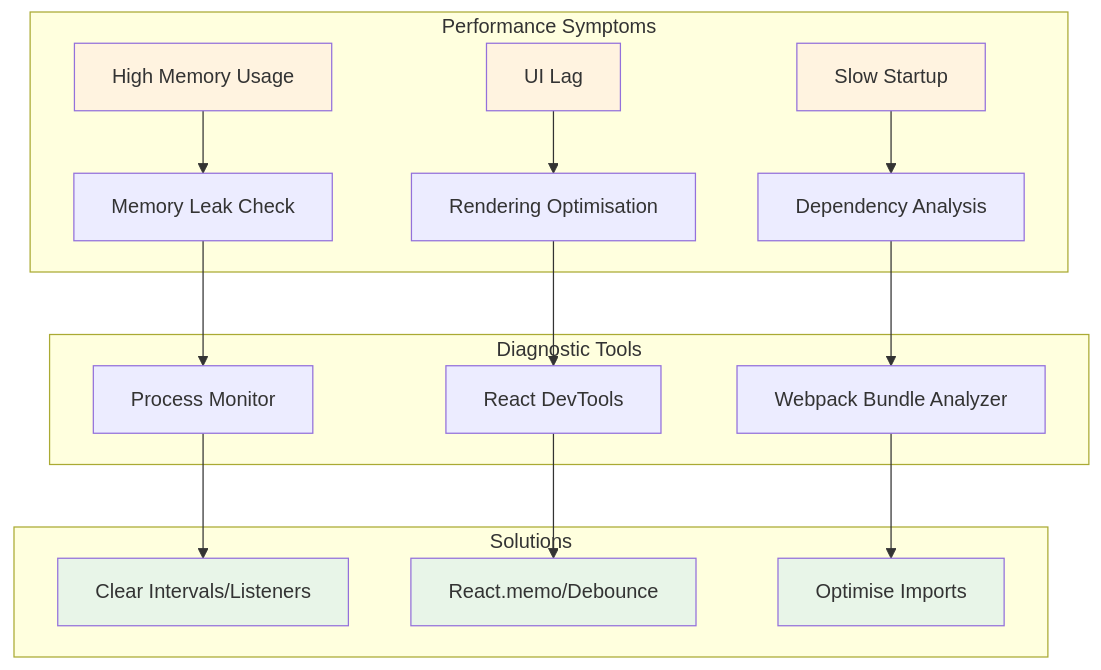
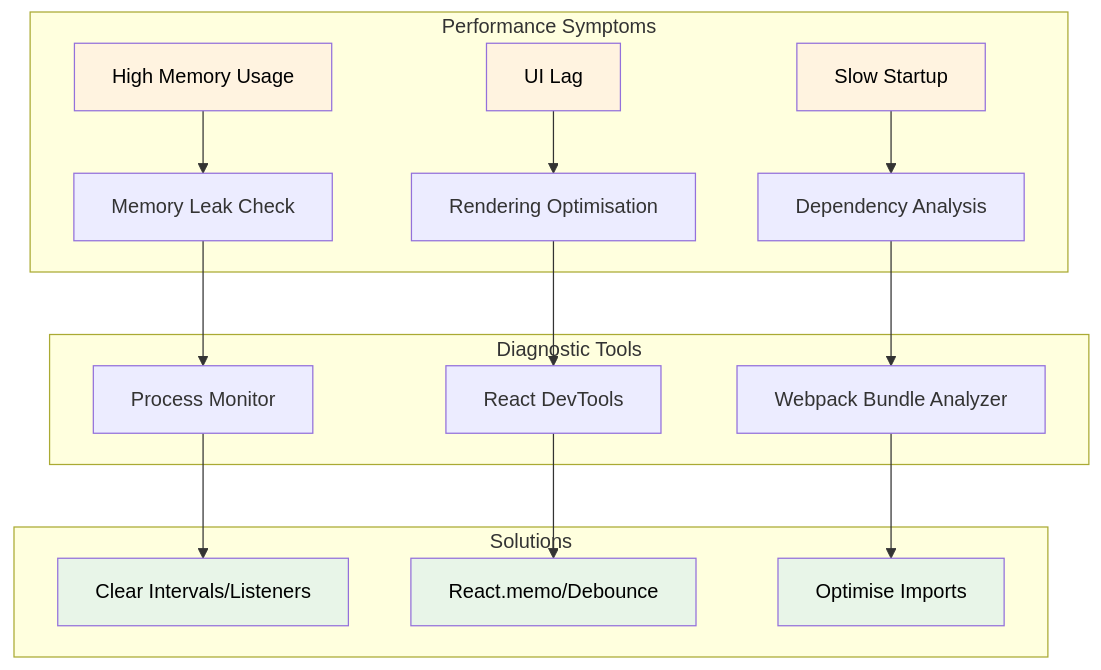
One commit to Interlaken0/temperature-plotter changed the fourth of 4 diagrams in docs/TROUBLESHOOTING.md. Above: the diagram before and after it, drawn with Mermaid. The commit also changed other lines of this file and 8 other files, not shown here.

First line of the commit message:
Standardise Mermaid diagram text colour to black across all documentation

````diff
--- a/docs/TROUBLESHOOTING.md
+++ b/docs/TROUBLESHOOTING.md
@@ -765,27 +765,27 @@
 ```mermaid
 graph TB
     subgraph "Performance Symptoms"
         A[High Memory Usage] --> B[Memory Leak Check]
         C[UI Lag] --> D[Rendering Optimisation]
         E[Slow Startup] --> F[Dependency Analysis]
     end
     
     subgraph "Diagnostic Tools"
         B --> G[Process Monitor]
         D --> H[React DevTools]
         F --> I[Webpack Bundle Analyzer]
     end
     
     subgraph "Solutions"
         G --> J[Clear Intervals/Listeners]
         H --> K[React.memo/Debounce]
         I --> L[Optimise Imports]
     end
     
-    style A fill:#fff3e0
-    style C fill:#fff3e0
-    style E fill:#fff3e0
-    style J fill:#e8f5e8
-    style K fill:#e8f5e8
-    style L fill:#e8f5e8
+    style A fill:#fff3e0,color:#000000
+    style C fill:#fff3e0,color:#000000
+    style E fill:#fff3e0,color:#000000
+    style J fill:#e8f5e8,color:#000000
+    style K fill:#e8f5e8,color:#000000
+    style L fill:#e8f5e8,color:#000000
 ```
````
